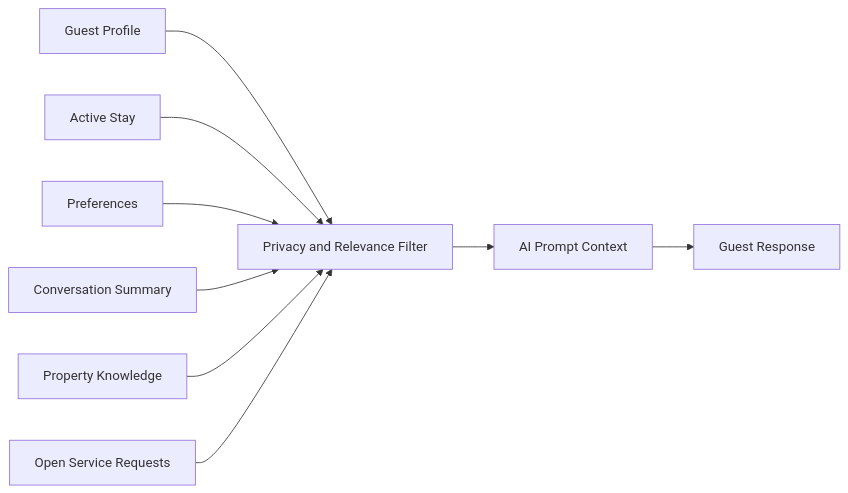
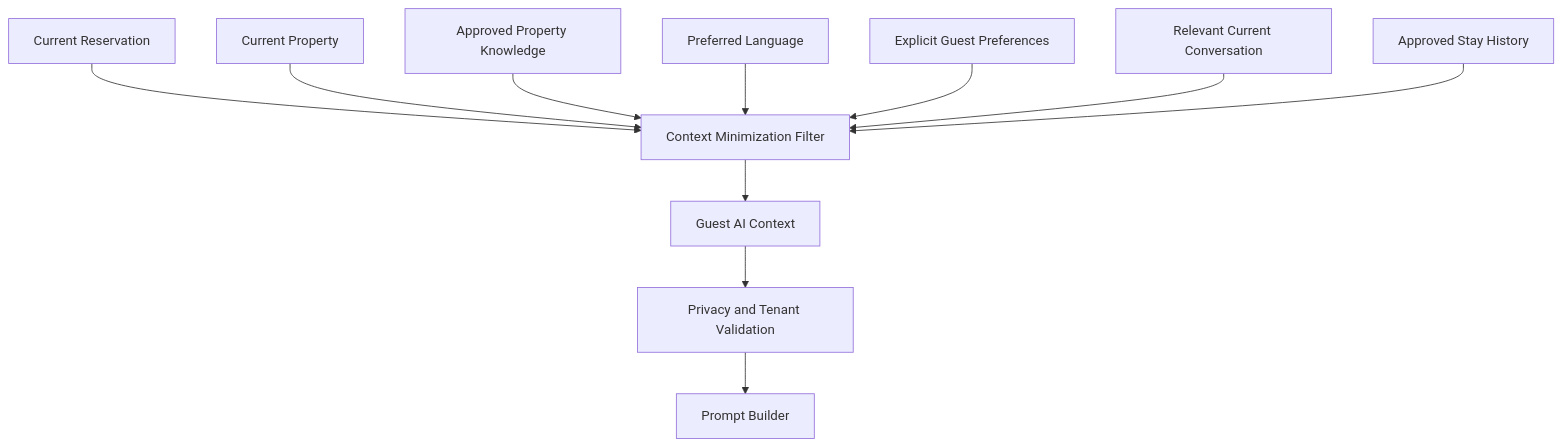
Before and after one commit to Bayomoustapha3730/stayflow-ai: the diagram in docs/product/guest/GuestAIContext.md, drawn with Mermaid. The commit also changed other lines of this file and 9 other files, not shown here.

````diff
--- a/docs/product/guest/GuestAIContext.md
+++ b/docs/product/guest/GuestAIContext.md
@@ -56,11 +110,13 @@
 ```mermaid
-flowchart LR
-    Profile["Guest Profile"] --> Filter["Privacy and Relevance Filter"]
-    Stay["Active Stay"] --> Filter
-    Preferences["Preferences"] --> Filter
-    Conversations["Conversation Summary"] --> Filter
-    PropertyKB["Property Knowledge"] --> Filter
-    Requests["Open Service Requests"] --> Filter
-    Filter --> Prompt["AI Prompt Context"]
-    Prompt --> Response["Guest Response"]
+flowchart TD
+    Reservation["Current Reservation"] --> Filter["Context Minimization Filter"]
+    Property["Current Property"] --> Filter
+    Knowledge["Approved Property Knowledge"] --> Filter
+    Language["Preferred Language"] --> Filter
+    Preferences["Explicit Guest Preferences"] --> Filter
+    Conversation["Relevant Current Conversation"] --> Filter
+    StayHistory["Approved Stay History"] --> Filter
+    Filter --> Context["Guest AI Context"]
+    Context --> Validation["Privacy and Tenant Validation"]
+    Validation --> Prompt["Prompt Builder"]
 ```
````
